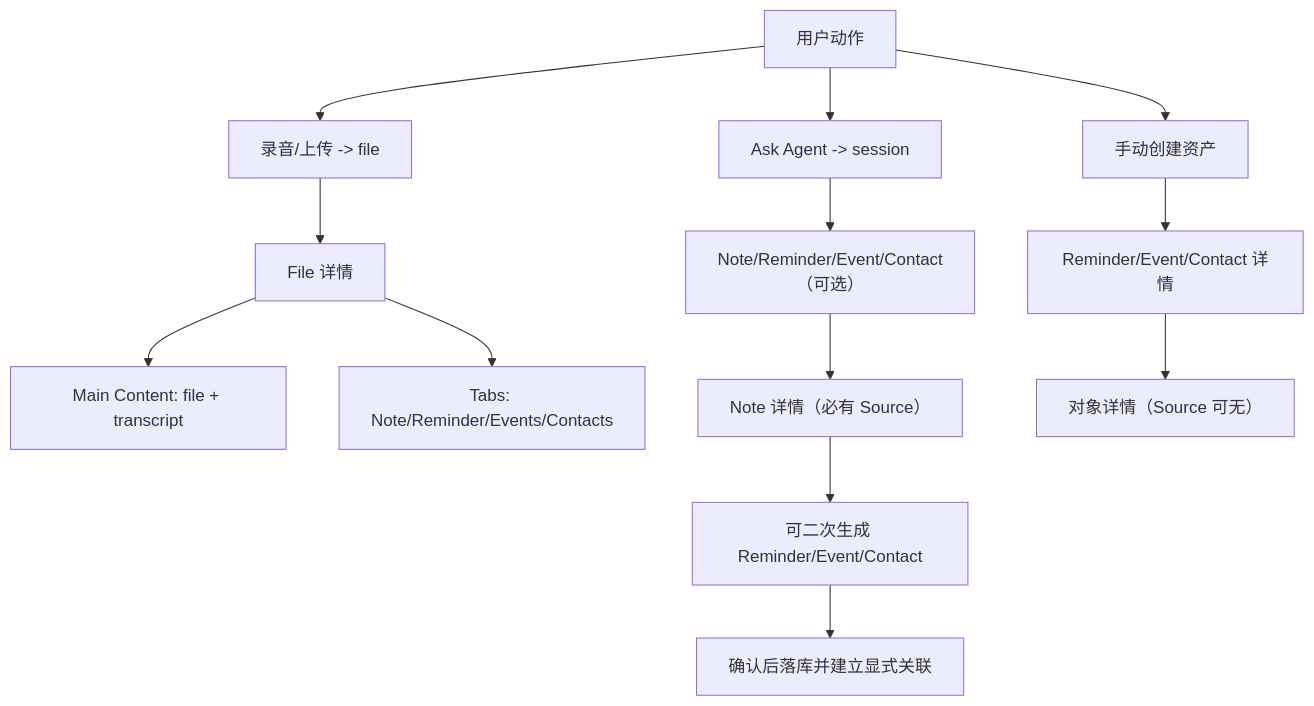
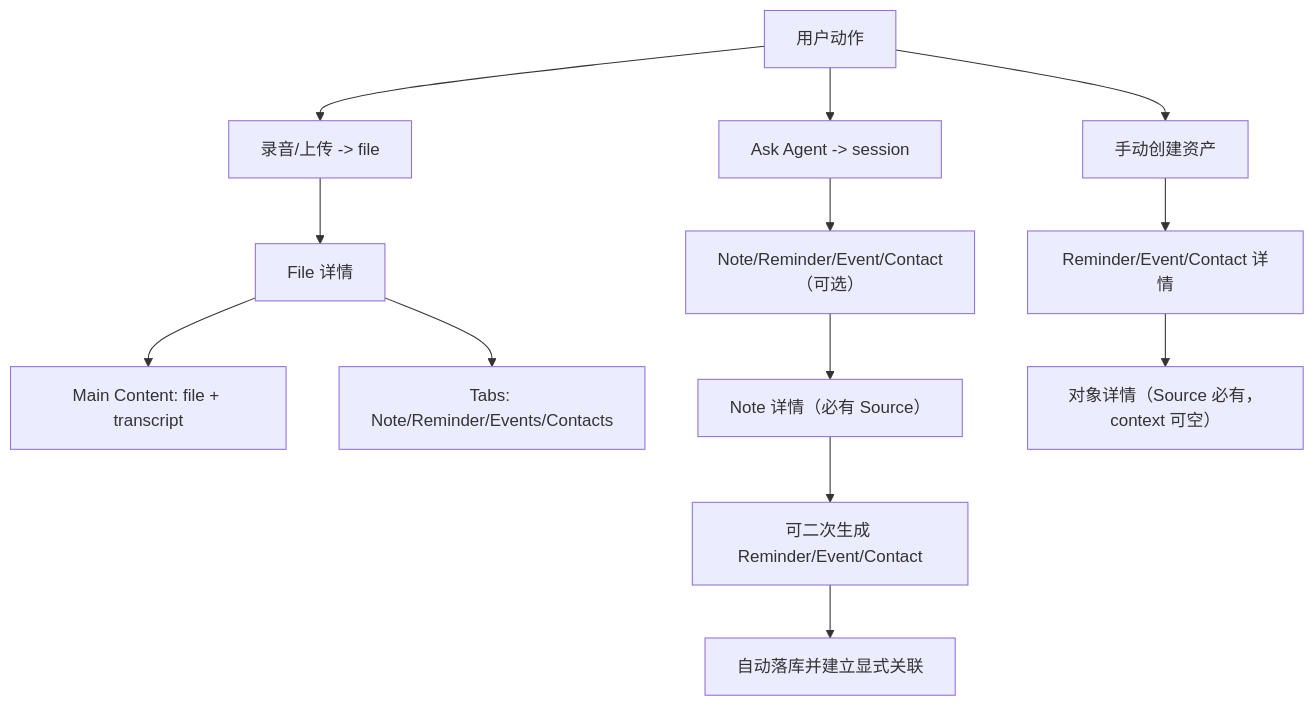
The first of 2 diagrams in bizcard-3.0-phase2/PRD_CONTEXT_CONTAINER_DETAIL_PAGE.md (IgniteTheSpark/bizcard), drawn with Mermaid before and after one commit. The commit also changed other lines of this file, not shown here.

````diff
--- a/bizcard-3.0-phase2/PRD_CONTEXT_CONTAINER_DETAIL_PAGE.md
+++ b/bizcard-3.0-phase2/PRD_CONTEXT_CONTAINER_DETAIL_PAGE.md
@@ -526,19 +580,19 @@
 ```mermaid
 flowchart TD
   A["用户动作"] --> B["录音/上传 -> file"]
   A --> C["Ask Agent -> session"]
   A --> D["手动创建资产"]
 
   B --> E["File 详情"]
   C --> F["Note/Reminder/Event/Contact（可选）"]
   D --> G["Reminder/Event/Contact 详情"]
 
   E --> E1["Main Content: file + transcript"]
   E --> E2["Tabs: Note/Reminder/Events/Contacts"]
 
   F --> H["Note 详情（必有 Source）"]
-  G --> I["对象详情（Source 可无）"]
+  G --> I["对象详情（Source 必有，context 可空）"]
 
   H --> J["可二次生成 Reminder/Event/Contact"]
-  J --> K["确认后落库并建立显式关联"]
+  J --> K["自动落库并建立显式关联"]
 ```
````
